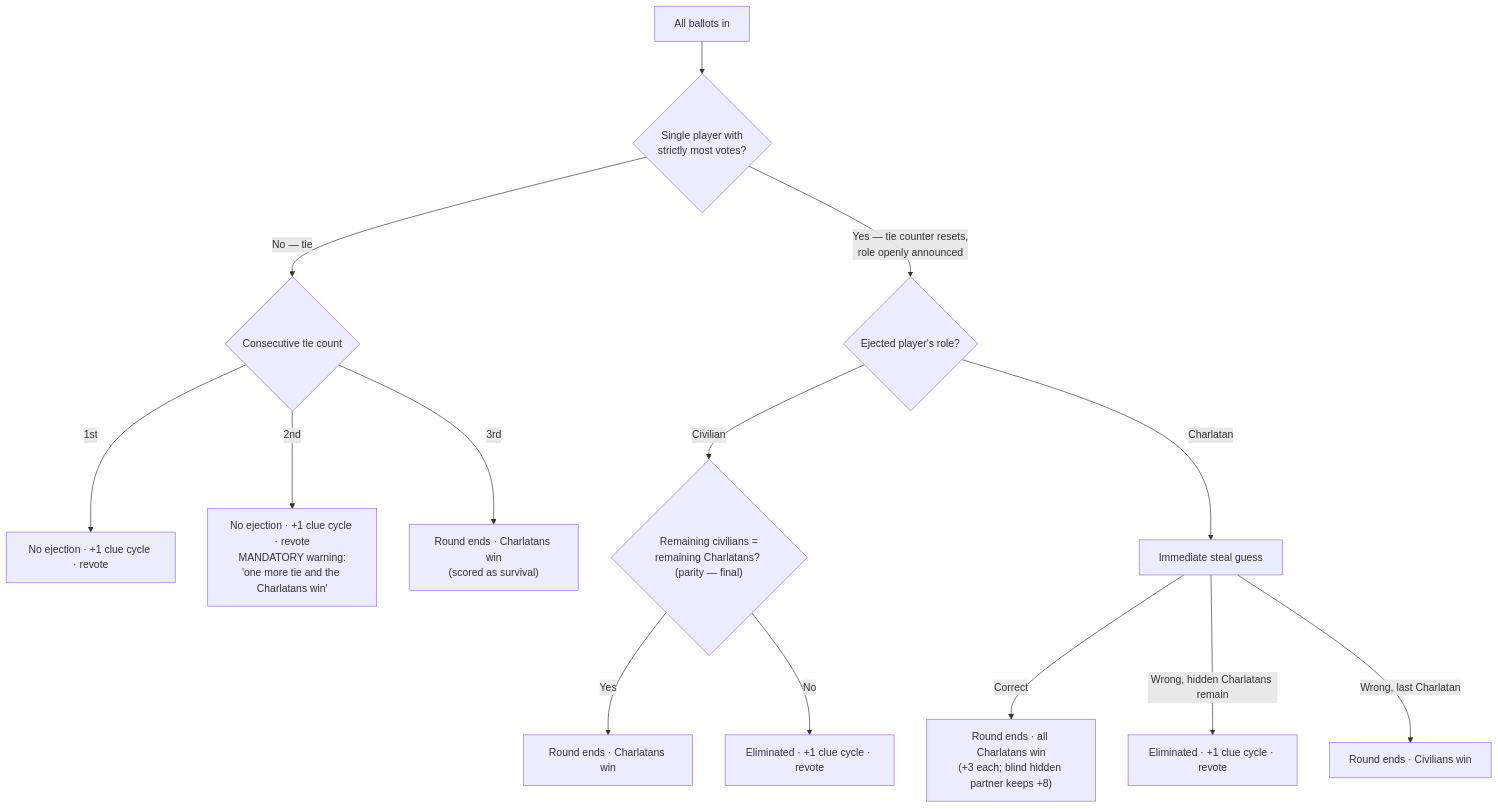
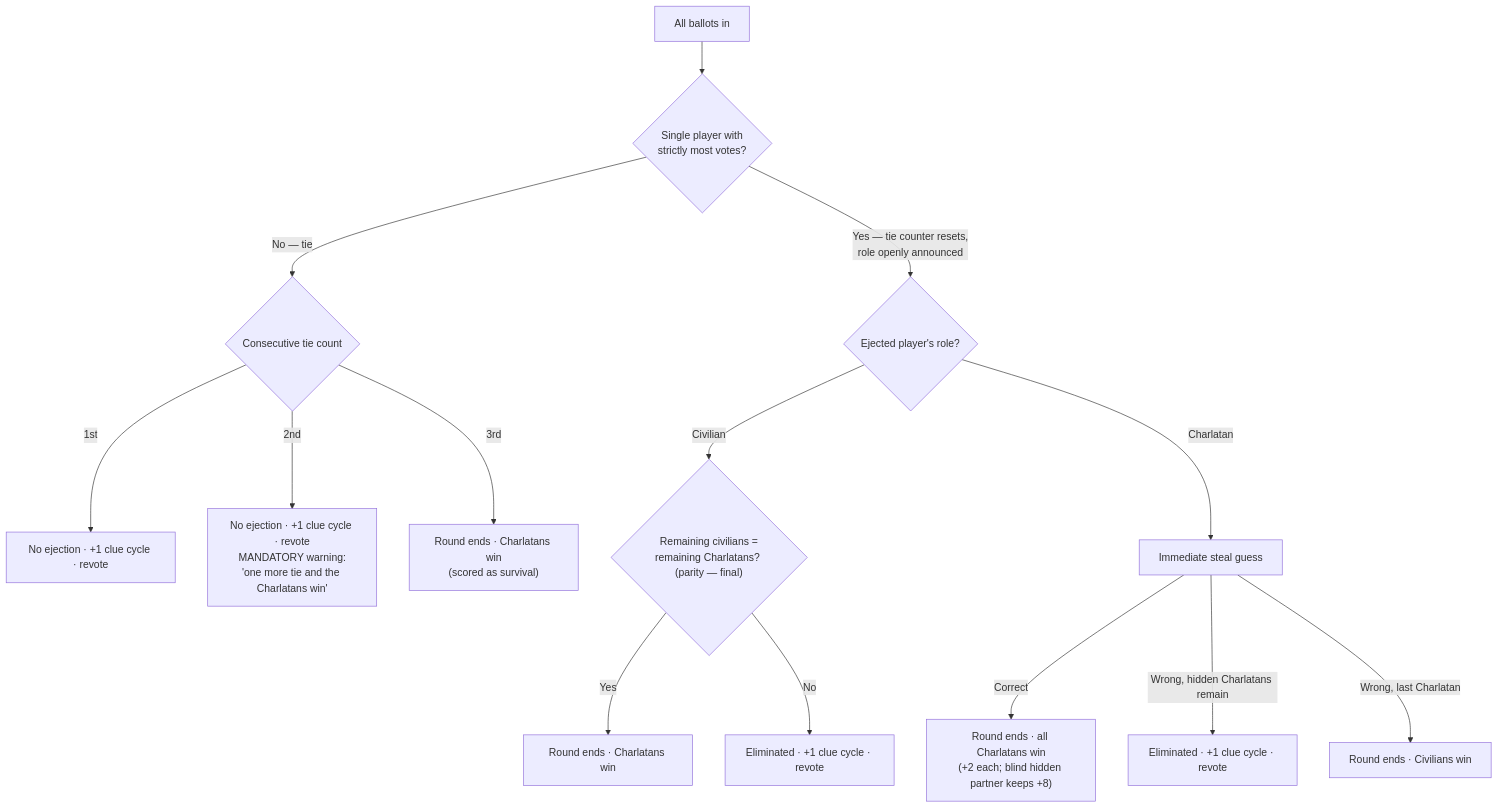
The fourth of 4 diagrams in docs/02-flows.md (jalieven/charlatan), drawn with Mermaid before and after one commit. The commit also changed other lines of this file and 3 other files, not shown here.

````diff
--- a/docs/02-flows.md
+++ b/docs/02-flows.md
@@ -107,16 +107,16 @@
 ```mermaid
 flowchart TD
     A["All ballots in"] --> B{"Single player with<br/>strictly most votes?"}
     B -->|No — tie| T{"Consecutive tie count"}
     T -->|"1st"| C1["No ejection · +1 clue cycle · revote"]
     T -->|"2nd"| C2["No ejection · +1 clue cycle · revote<br/>MANDATORY warning:<br/>'one more tie and the Charlatans win'"]
     T -->|"3rd"| C3["Round ends · Charlatans win<br/>(scored as survival)"]
     B -->|"Yes — tie counter resets,<br/>role openly announced"| D{"Ejected player's role?"}
     D -->|Civilian| E{"Remaining civilians =<br/>remaining Charlatans? (parity — final)"}
     E -->|Yes| F["Round ends · Charlatans win"]
     E -->|No| G["Eliminated · +1 clue cycle · revote"]
     D -->|Charlatan| I["Immediate steal guess"]
-    I -->|Correct| J["Round ends · all Charlatans win<br/>(+3 each; blind hidden partner keeps +8)"]
+    I -->|Correct| J["Round ends · all Charlatans win<br/>(+2 each; blind hidden partner keeps +8)"]
     I -->|"Wrong, hidden Charlatans remain"| K["Eliminated · +1 clue cycle · revote"]
     I -->|"Wrong, last Charlatan"| L["Round ends · Civilians win"]
 ```
````
